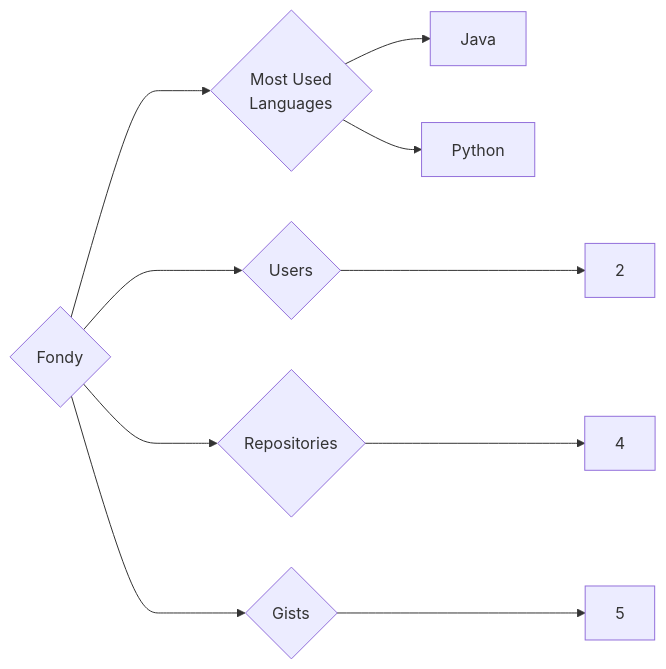
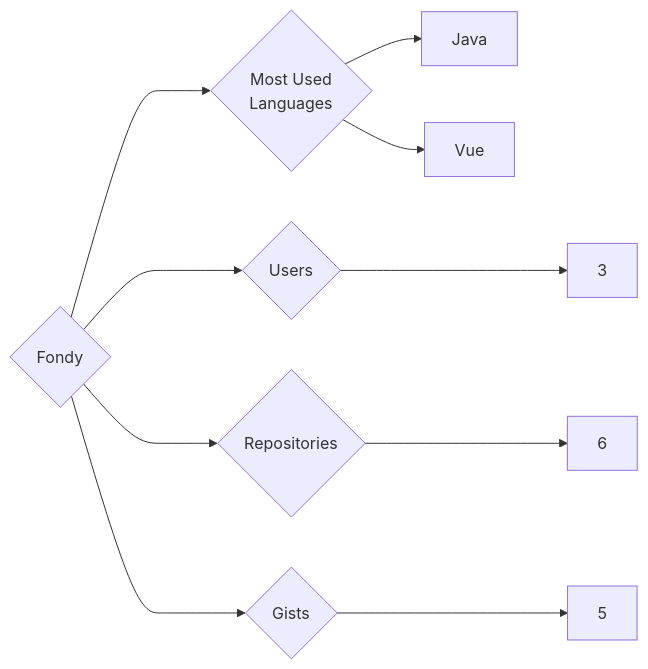
One commit to trickest/insiders changed the diagram in targets/Fondy/README.md. Above: the diagram before and after it, drawn with Mermaid. The commit also changed 775 other files, not shown here.

````diff
--- a/targets/Fondy/README.md
+++ b/targets/Fondy/README.md
@@ -3,10 +3,10 @@
 ```mermaid
 graph LR
 COMPANY_NAME{Fondy}
-COMPANY_NAME ---> U{Users} ---> UN[2]
-COMPANY_NAME ---> R{Repositories} ---> RN[4]
+COMPANY_NAME ---> U{Users} ---> UN[3]
+COMPANY_NAME ---> R{Repositories} ---> RN[6]
 COMPANY_NAME ---> G{Gists} ---> GN[5]
 COMPANY_NAME ---> ML{Most Used<br>Languages}
 ML --> Java[Java]
-ML --> Python[Python]
+ML --> Vue[Vue]
 ```
````
